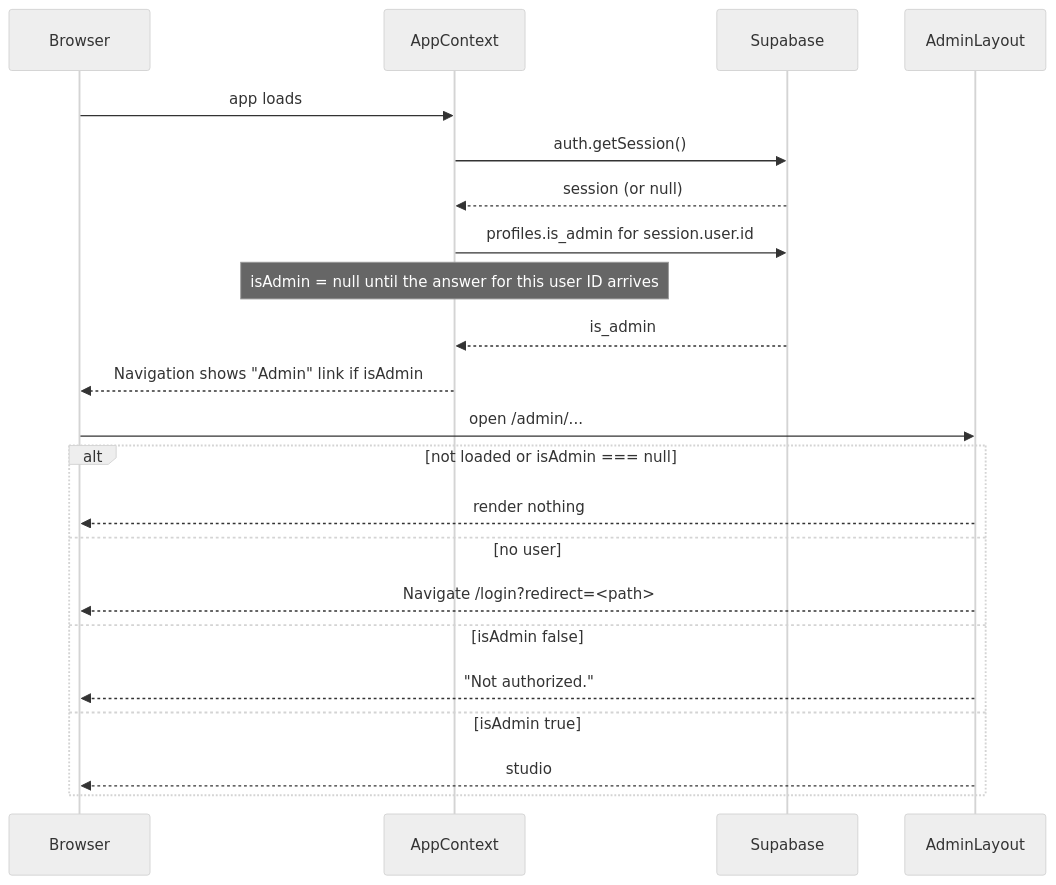
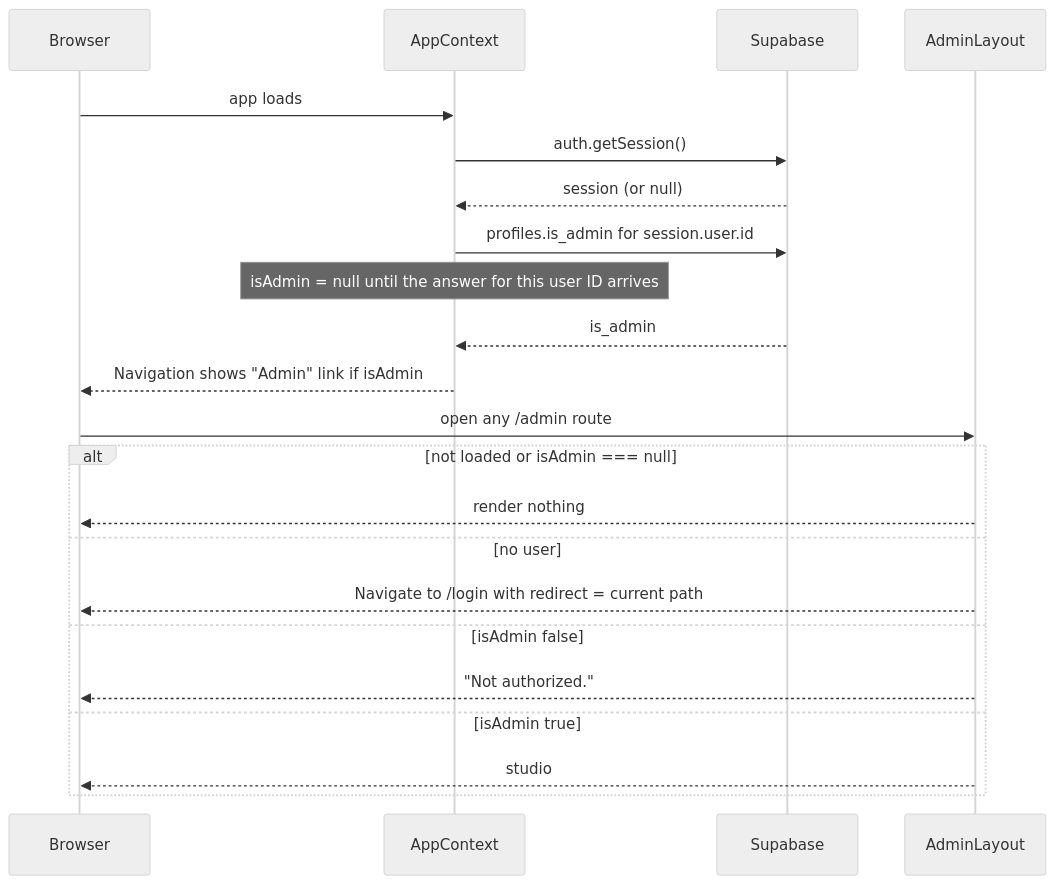
Before and after one commit to manishkumarveo-jpg/Gauddly: the second of 2 diagrams in diagrams/auth-flow.md, drawn with Mermaid (neutral theme). The commit also changed 22 other files, not shown here.

````diff
--- a/diagrams/auth-flow.md
+++ b/diagrams/auth-flow.md
@@ -20,25 +20,25 @@
 ```mermaid
 sequenceDiagram
   participant B as Browser
   participant C as AppContext
   participant S as Supabase
   participant L as AdminLayout
 
   B->>C: app loads
   C->>S: auth.getSession()
   S-->>C: session (or null)
   C->>S: profiles.is_admin for session.user.id
   Note over C: isAdmin = null until the answer for this user ID arrives
   S-->>C: is_admin
   C-->>B: Navigation shows "Admin" link if isAdmin
-  B->>L: open /admin/...
+  B->>L: open any /admin route
   alt not loaded or isAdmin === null
     L-->>B: render nothing
   else no user
-    L-->>B: Navigate /login?redirect=<path>
+    L-->>B: Navigate to /login with redirect = current path
   else isAdmin false
     L-->>B: "Not authorized."
   else isAdmin true
     L-->>B: studio
   end
 ```
````
